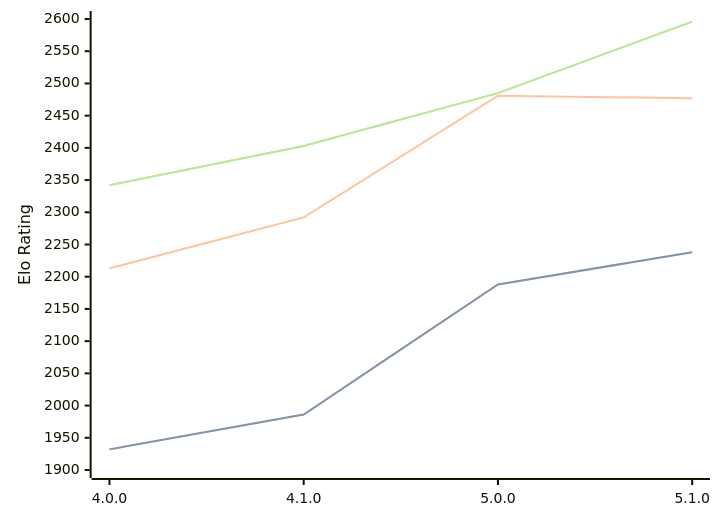
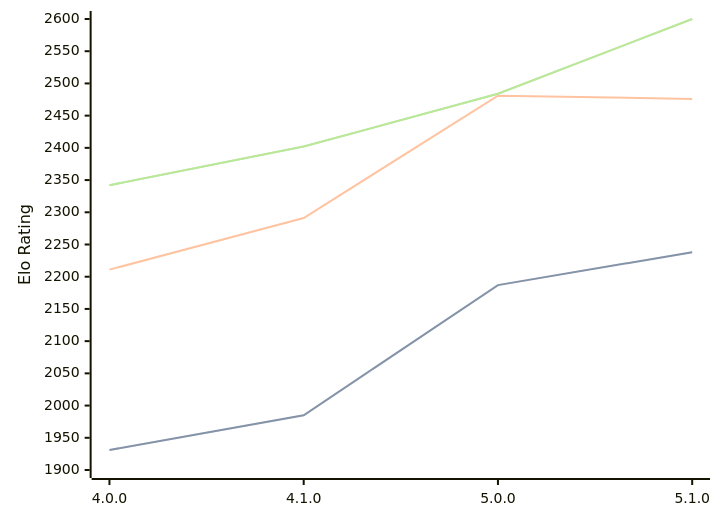
One commit to computer-chess-index/cci changed the diagram in engines/Aconcagua.md. Above: the diagram before and after it, drawn with Mermaid. The commit also changed other lines of this file, not shown here.

Commit message:
Update CCI Ratings (ELO VLTC) - 2026-03-23

````diff
--- a/engines/Aconcagua.md
+++ b/engines/Aconcagua.md
@@ -43,11 +43,11 @@
 ```mermaid
 %%{init: {"theme":"base","themeVariables":{"seriesColors:['#a3a3a3','#222221','#faa371']}}}%%
 xychart-beta
   x-axis ["4.0.0", "4.1.0", "5.0.0", "5.1.0"]
   y-axis "Elo Rating" 1900 --> 2600
-  line "STC (8.0+0.08s)" [1932, 1986, 2188, 2238]
-  line "STC (8.0+0.08s)" [1932, 1986, 2188, 2238]
-  line "LTC (60.0+0.60s)" [2213, 2292, 2481, 2477]
-  line "VLTC (2m24s+1.12s)" [2342, 2403, 2485, 2596]
-  line "VLTC (2m24s+1.12s)" [2342, 2403, 2485, 2596]
+  line "STC (8.0+0.08s)" [1931, 1985, 2187, 2238]
+  line "STC (8.0+0.08s)" [1931, 1985, 2187, 2238]
+  line "LTC (60.0+0.60s)" [2211, 2291, 2481, 2476]
+  line "VLTC (2m24s+1.12s)" [2342, 2402, 2484, 2600]
+  line "VLTC (2m24s+1.12s)" [2342, 2402, 2484, 2600]
 ```
````
